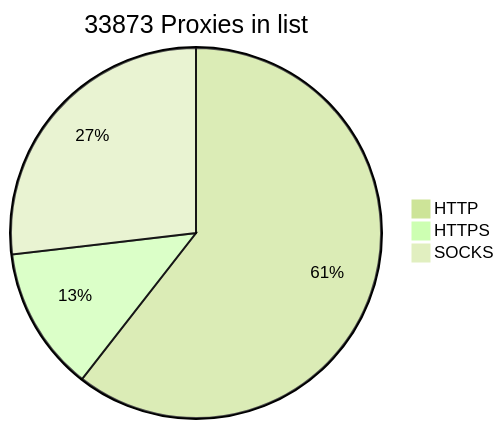
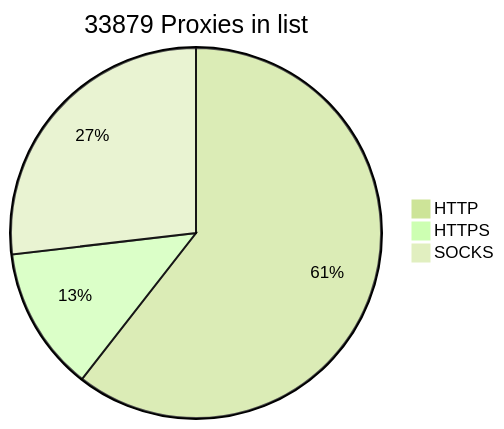
One commit to BlackSnowDot/proxylist-update-every-minute changed the diagram in README.md. Above: the diagram before and after it, drawn with Mermaid (forest theme).

````diff
--- a/README.md
+++ b/README.md
@@ -2,6 +2,6 @@
 ```mermaid
-pie title 33873 Proxies in list
-    "HTTP" : 22705
-    "HTTPS": 4729
+pie title 33879 Proxies in list
+    "HTTP" : 22710
+    "HTTPS": 4730
     "SOCKS" : 10069
 ```
````
